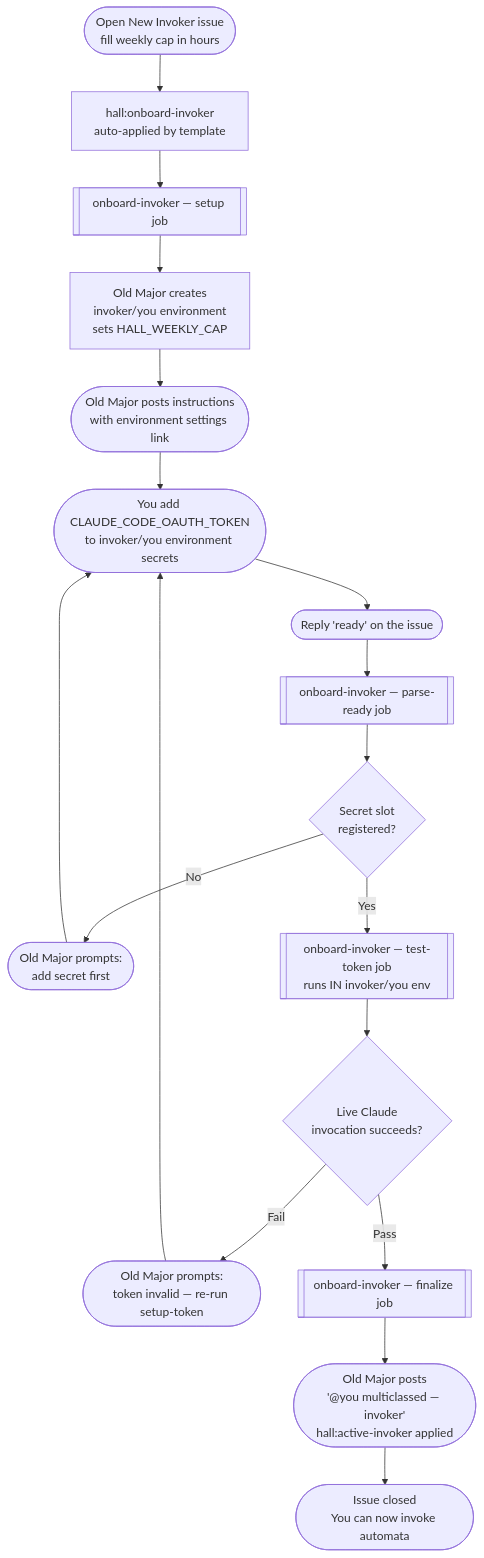
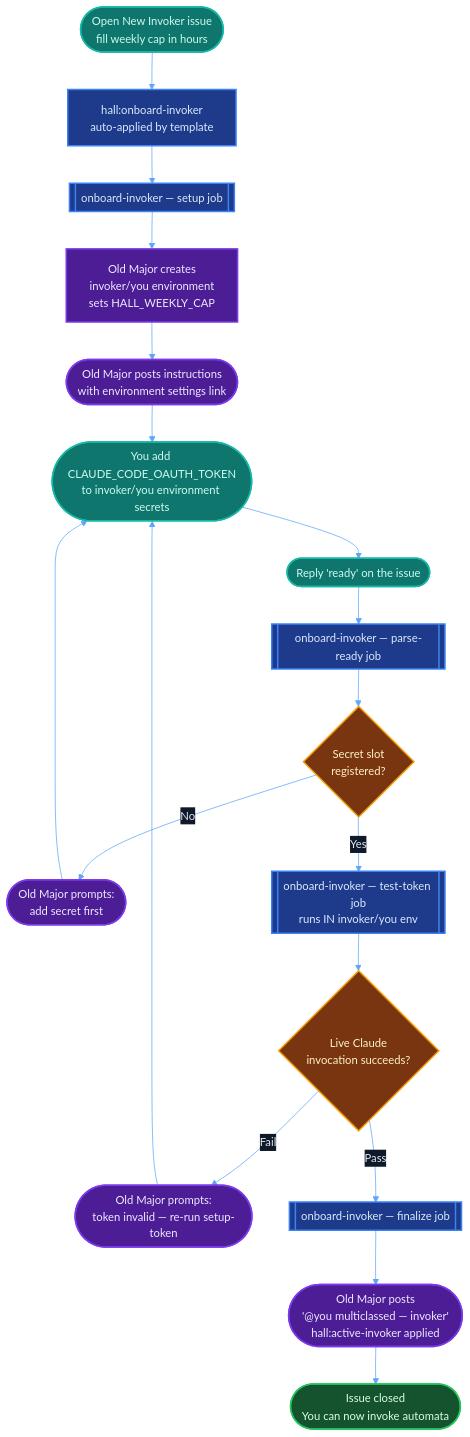
Before and after one commit to MockaSort-Studio/hall-of-automata: the diagram in codex/invoker-onboarding.md, drawn with Mermaid. The commit also changed 13 other files, not shown here.

````diff
--- a/codex/invoker-onboarding.md
+++ b/codex/invoker-onboarding.md
@@ -25,20 +25,34 @@
 ```mermaid
+%%{init: {'theme': 'base', 'themeVariables': {'fontSize': '15px', 'primaryColor': '#1e3a5f', 'primaryTextColor': '#e2e8f0', 'primaryBorderColor': '#3b82f6', 'lineColor': '#60a5fa', 'secondaryColor': '#1e293b', 'tertiaryColor': '#0f1929', 'clusterBkg': '#0d1b2e', 'clusterBorder': '#334155', 'titleColor': '#c0cfe4', 'edgeLabelBackground': '#0f1929'}}}%%
+
 flowchart TD
     A([Open New Invoker issue\nfill weekly cap in hours]) --> B[hall:onboard-invoker\nauto-applied by template]
     B --> C[[onboard-invoker — setup job]]
     C --> D[Old Major creates\ninvoker/you environment\nsets HALL_WEEKLY_CAP]
     D --> E([Old Major posts instructions\nwith environment settings link])
     E --> F([You add CLAUDE_CODE_OAUTH_TOKEN\nto invoker/you environment secrets])
     F --> G([Reply 'ready' on the issue])
     G --> H[[onboard-invoker — parse-ready job]]
     H --> I{Secret slot\nregistered?}
     I -- No --> J([Old Major prompts:\nadd secret first])
     J --> F
     I -- Yes --> K[[onboard-invoker — test-token job\nruns IN invoker/you env]]
     K --> L{Live Claude\ninvocation succeeds?}
     L -- Fail --> M([Old Major prompts:\ntoken invalid — re-run setup-token])
     M --> F
     L -- Pass --> N[[onboard-invoker — finalize job]]
     N --> O([Old Major posts\n'@you multiclassed — invoker'\nhall:active-invoker applied])
     O --> P([Issue closed\nYou can now invoke automata])
+
+    classDef user fill:#0f766e,stroke:#14b8a6,color:#ccfbf1,stroke-width:2px
+    classDef system fill:#1e3a8a,stroke:#3b82f6,color:#dbeafe,stroke-width:2px
+    classDef agent fill:#4c1d95,stroke:#7c3aed,color:#ede9fe,stroke-width:2px
+    classDef decision fill:#78350f,stroke:#f59e0b,color:#fef3c7,stroke-width:2px
+    classDef success fill:#14532d,stroke:#22c55e,color:#dcfce7,stroke-width:2px
+
+    class A,F,G user
+    class B,C,H,K,N system
+    class D,E,J,M,O agent
+    class I,L decision
+    class P success
 ```
````
